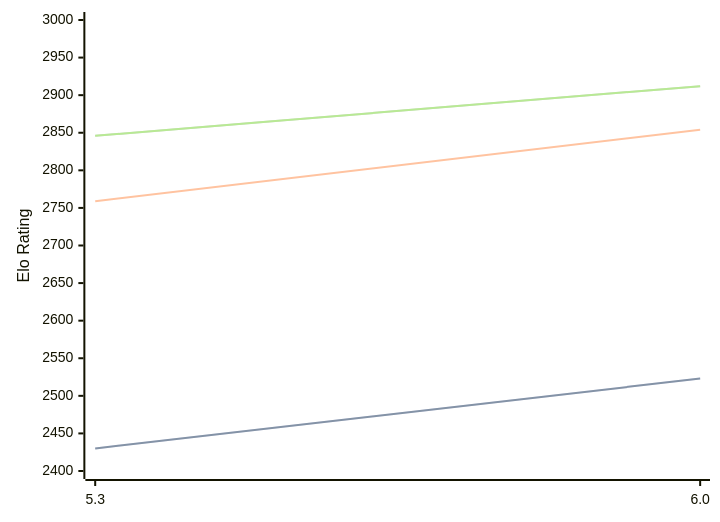
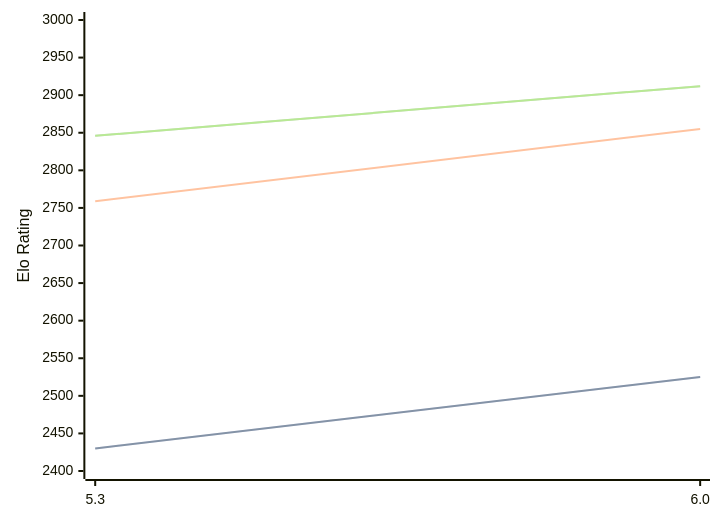
The diagram in engines/tomitankChess.md (computer-chess-index/cci), drawn with Mermaid before and after one commit. The commit also changed other lines of this file, not shown here.

Commit message:
Update CCI Ratings (ELO VLTC) - 2026-04-27

````diff
--- a/engines/tomitankChess.md
+++ b/engines/tomitankChess.md
@@ -40,11 +40,11 @@
 ```mermaid
 %%{init: {"theme":"base","themeVariables":{"seriesColors:['#a3a3a3','#222221','#faa371']}}}%%
 xychart-beta
   x-axis ["5.3", "6.0"]
   y-axis "Elo Rating" 2400 --> 3000
-  line "STC (8.0+0.08s)" [2430, 2523]
-  line "STC (8.0+0.08s)" [2430, 2523]
-  line "LTC (60.0+0.60s)" [2759, 2854]
+  line "STC (8.0+0.08s)" [2430, 2525]
+  line "STC (8.0+0.08s)" [2430, 2525]
+  line "LTC (60.0+0.60s)" [2759, 2855]
   line "VLTC (2m24s+1.12s)" [2846, 2912]
   line "VLTC (2m24s+1.12s)" [2846, 2912]
 ```
````
